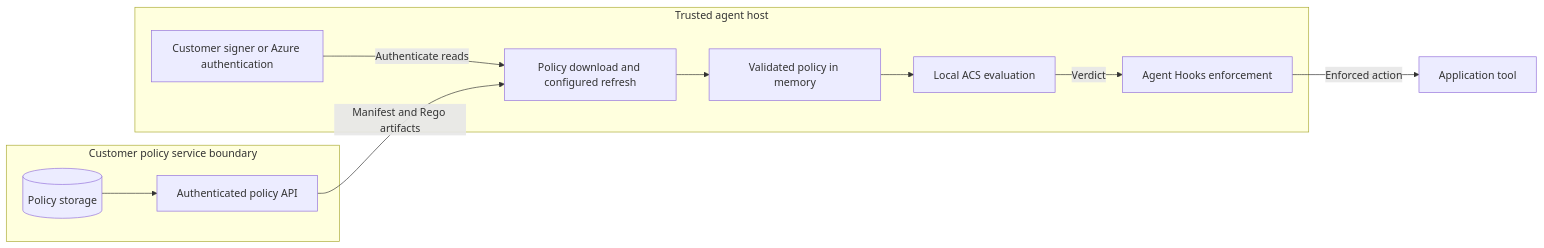
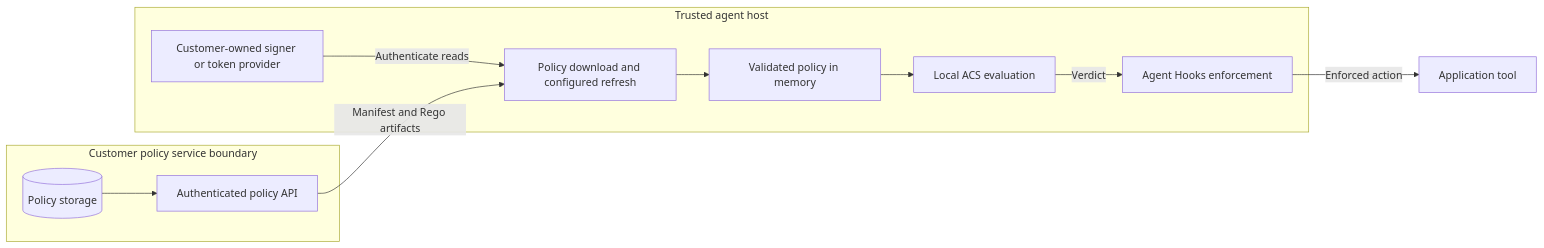
One commit to responsibleai/agent-control-spec changed the diagram in docs/remote-policy-contract.md. Above: the diagram before and after it, drawn with Mermaid. The commit also changed other lines of this file and 25 other files, not shown here.

````diff
--- a/docs/remote-policy-contract.md
+++ b/docs/remote-policy-contract.md
@@ -13,19 +13,19 @@
 ```mermaid
 flowchart LR
     subgraph Service["Customer policy service boundary"]
         Storage[("Policy storage")] --> API["Authenticated policy API"]
     end
     subgraph Host["Trusted agent host"]
-        Auth["Customer signer or Azure authentication"]
+        Auth["Customer-owned signer or token provider"]
         Download["Policy download and configured refresh"]
         Policy["Validated policy in memory"]
         Evaluate["Local ACS evaluation"]
         Enforce["Agent Hooks enforcement"]
         Auth -->|"Authenticate reads"| Download
         Download --> Policy
         Policy --> Evaluate
         Evaluate -->|"Verdict"| Enforce
     end
     API -->|"Manifest and Rego artifacts"| Download
     Enforce -->|"Enforced action"| Tool["Application tool"]
 ```
````
